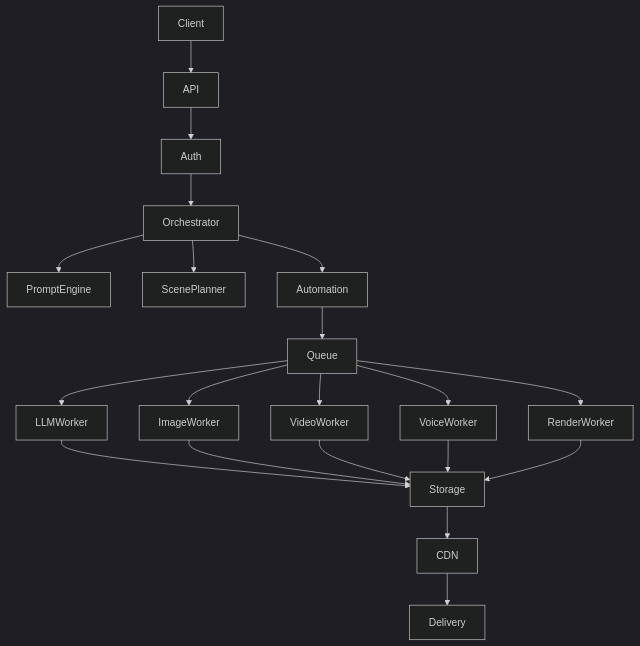
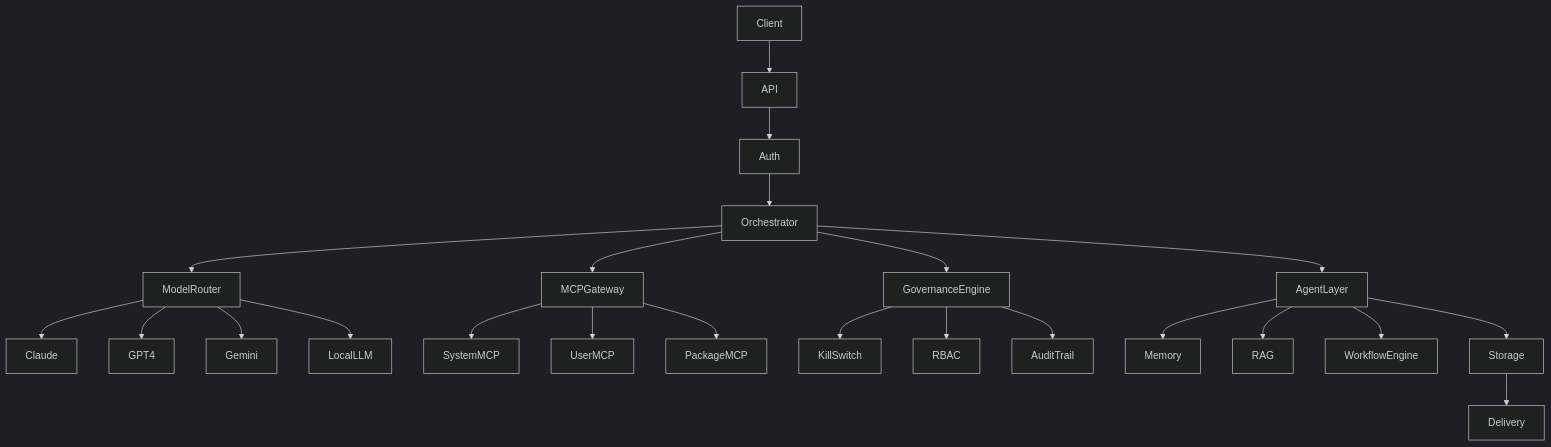
Before and after one commit to nexivionlabs/nexivionlabs: the first of 3 diagrams in README.md, drawn with Mermaid (dark theme). The commit also changed other lines of this file, not shown here.

````diff
--- a/README.md
+++ b/README.md
@@ -33,27 +35,31 @@
 ```mermaid
 flowchart TB
+    Client --> API
+    API --> Auth
+    Auth --> Orchestrator
 
-Client --> API
-API --> Auth
-Auth --> Orchestrator
+    Orchestrator --> ModelRouter
+    Orchestrator --> MCPGateway
+    Orchestrator --> GovernanceEngine
 
-Orchestrator --> PromptEngine
-Orchestrator --> ScenePlanner
-Orchestrator --> Automation
+    ModelRouter --> Claude
+    ModelRouter --> GPT4
+    ModelRouter --> Gemini
+    ModelRouter --> LocalLLM
 
-Automation --> Queue
-Queue --> LLMWorker
-Queue --> ImageWorker
-Queue --> VideoWorker
-Queue --> VoiceWorker
-Queue --> RenderWorker
+    MCPGateway --> SystemMCP
+    MCPGateway --> UserMCP
+    MCPGateway --> PackageMCP
 
-LLMWorker --> Storage
-ImageWorker --> Storage
-VideoWorker --> Storage
-VoiceWorker --> Storage
-RenderWorker --> Storage
+    GovernanceEngine --> KillSwitch
+    GovernanceEngine --> RBAC
+    GovernanceEngine --> AuditTrail
 
-Storage --> CDN
-CDN --> Delivery
+    Orchestrator --> AgentLayer
+    AgentLayer --> Memory
+    AgentLayer --> RAG
+    AgentLayer --> WorkflowEngine
+
+    AgentLayer --> Storage
+    Storage --> Delivery
 ```
````
